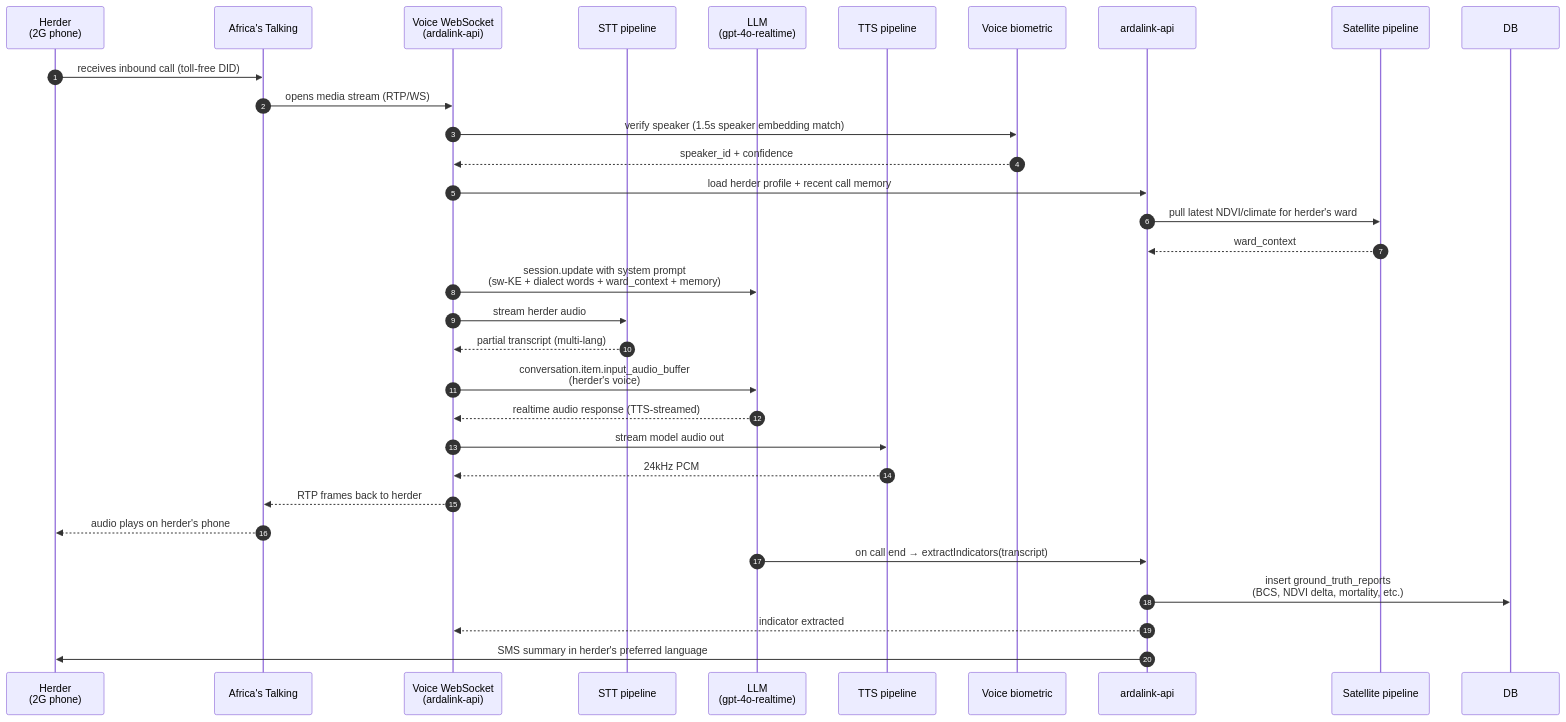
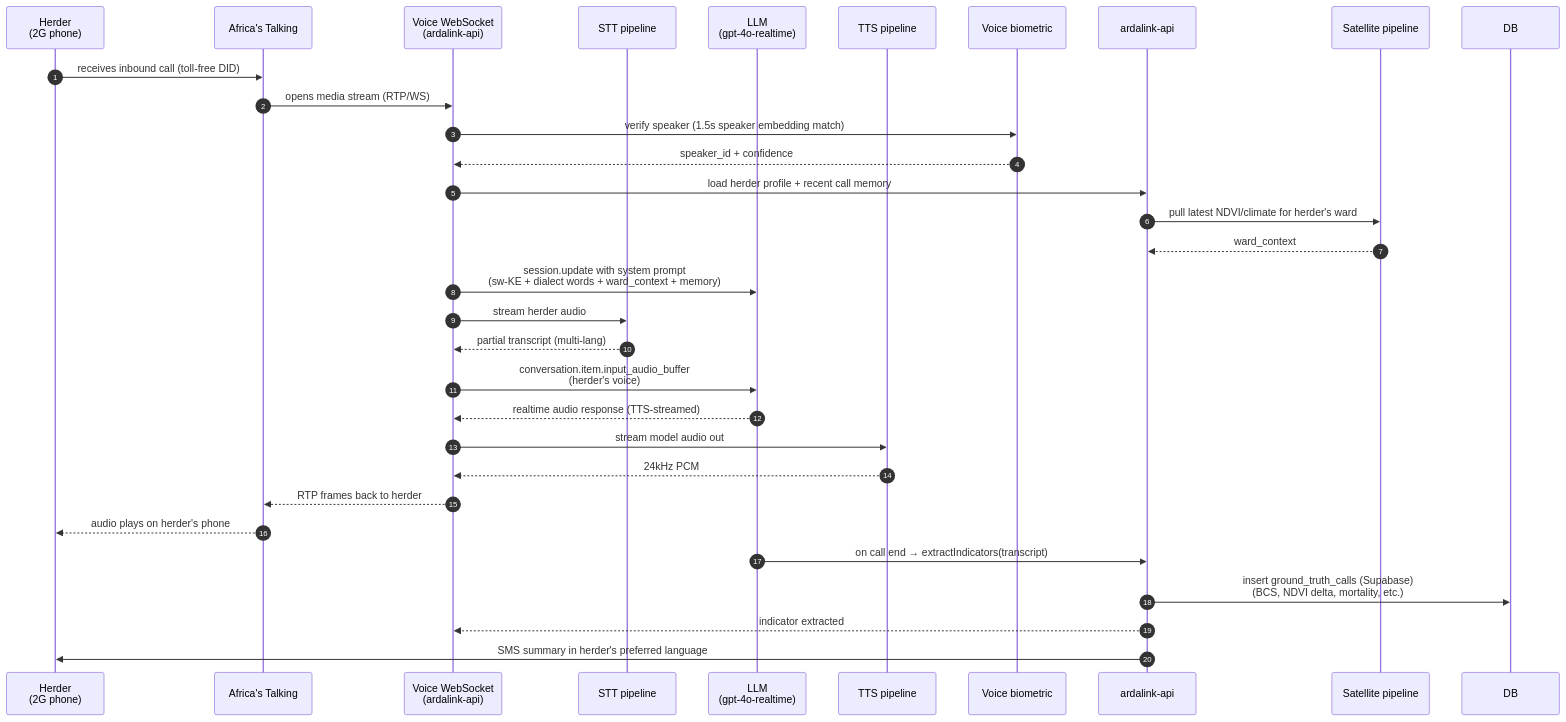
The second of 3 diagrams in STATUS.md (JHUB-AFRICA/arda-link-ai), drawn with Mermaid before and after one commit. The commit also changed other lines of this file and 1 other file, not shown here.

````diff
--- a/STATUS.md
+++ b/STATUS.md
@@ -235,34 +237,34 @@
 ```mermaid
 sequenceDiagram
   autonumber
   participant H as Herder<br/>(2G phone)
   participant AT as Africa's Talking
   participant WA as Voice WebSocket<br/>(ardalink-api)
   participant STT as STT pipeline
   participant LLM as LLM<br/>(gpt-4o-realtime)
   participant TTS as TTS pipeline
   participant VB as Voice biometric
   participant API as ardalink-api
   participant GEE as Satellite pipeline
 
   H->>AT: receives inbound call (toll-free DID)
   AT->>WA: opens media stream (RTP/WS)
   WA->>VB: verify speaker (1.5s speaker embedding match)
   VB-->>WA: speaker_id + confidence
   WA->>API: load herder profile + recent call memory
   API->>GEE: pull latest NDVI/climate for herder's ward
   GEE-->>API: ward_context
   WA->>LLM: session.update with system prompt<br/>(sw-KE + dialect words + ward_context + memory)
   WA->>STT: stream herder audio
   STT-->>WA: partial transcript (multi-lang)
   WA->>LLM: conversation.item.input_audio_buffer<br/>(herder's voice)
   LLM-->>WA: realtime audio response (TTS-streamed)
   WA->>TTS: stream model audio out
   TTS-->>WA: 24kHz PCM
   WA-->>AT: RTP frames back to herder
   AT-->>H: audio plays on herder's phone
   LLM->>API: on call end → extractIndicators(transcript)
-  API->>DB: insert ground_truth_reports<br/>(BCS, NDVI delta, mortality, etc.)
+  API->>DB: insert ground_truth_calls (Supabase)<br/>(BCS, NDVI delta, mortality, etc.)
   API-->>WA: indicator extracted
   API->>H: SMS summary in herder's preferred language
 ```
````
